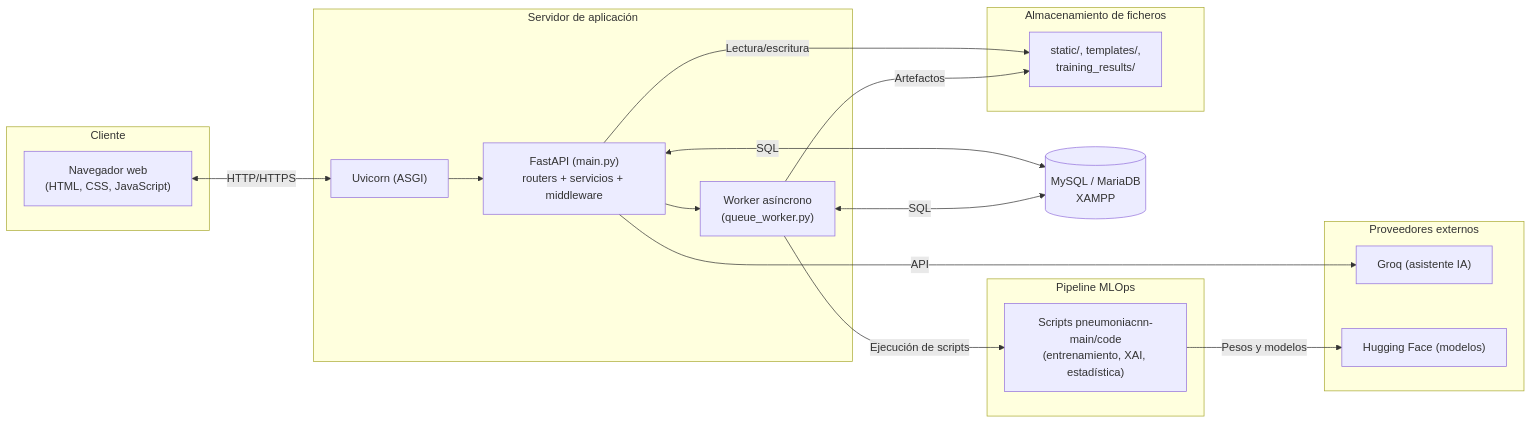
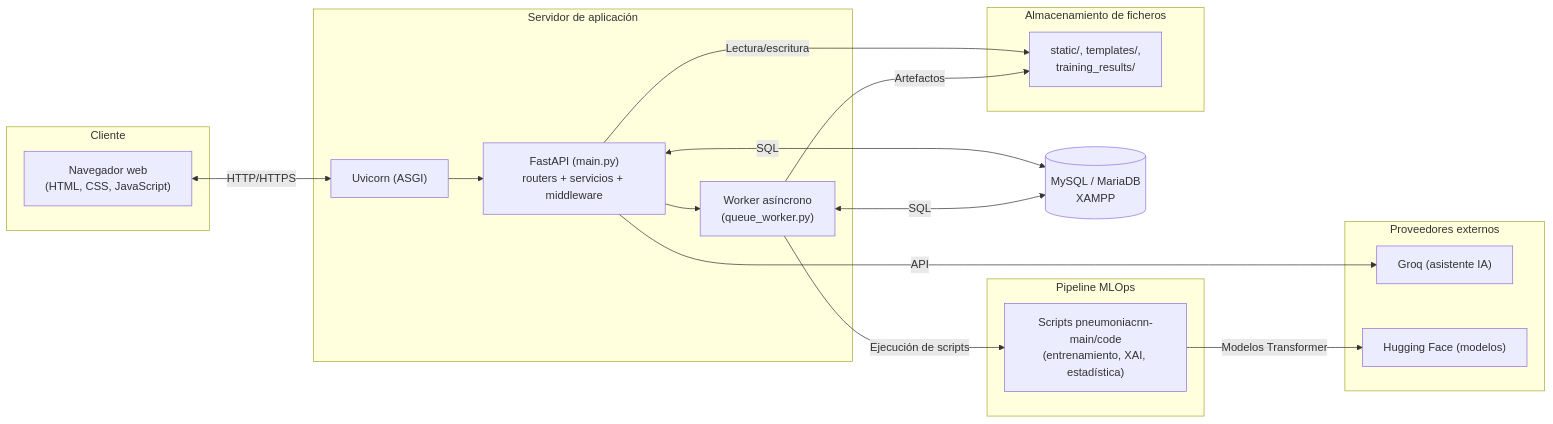
One commit to eLeCe2611/vitalXAI changed the first of 3 diagrams in Documentacion/Capitulo23_Especificacion_de_la_Construccion_del_Sistema.md. Above: the diagram before and after it, drawn with Mermaid. The commit also changed other lines of this file and 42 other files, not shown here.

````diff
--- a/Documentacion/Capitulo23_Especificacion_de_la_Construccion_del_Sistema.md
+++ b/Documentacion/Capitulo23_Especificacion_de_la_Construccion_del_Sistema.md
@@ -33,32 +33,32 @@
 ```mermaid
 flowchart LR
     subgraph CL["Cliente"]
         B["Navegador web<br/>(HTML, CSS, JavaScript)"]
     end
     subgraph SRV["Servidor de aplicación"]
         UV["Uvicorn (ASGI)"]
         APP["FastAPI (main.py)<br/>routers + servicios + middleware"]
         WK["Worker asíncrono<br/>(queue_worker.py)"]
         UV --> APP
         APP --> WK
     end
     subgraph PIP["Pipeline MLOps"]
         SC["Scripts pneumoniacnn-main/code<br/>(entrenamiento, XAI, estadística)"]
     end
     subgraph FS["Almacenamiento de ficheros"]
         ST["static/, templates/,<br/>training_results/"]
     end
     subgraph EXT["Proveedores externos"]
         G["Groq (asistente IA)"]
         HF["Hugging Face (modelos)"]
     end
     DB[(MySQL / MariaDB<br/>XAMPP)]
     B <-->|"HTTP/HTTPS"| UV
     APP <-->|"SQL"| DB
     APP -->|"Lectura/escritura"| ST
     WK -->|"Ejecución de scripts"| SC
     WK <-->|"SQL"| DB
     WK -->|"Artefactos"| ST
     APP -->|"API"| G
-    SC -->|"Pesos y modelos"| HF
+    SC -->|"Modelos Transformer"| HF
 ```
````
